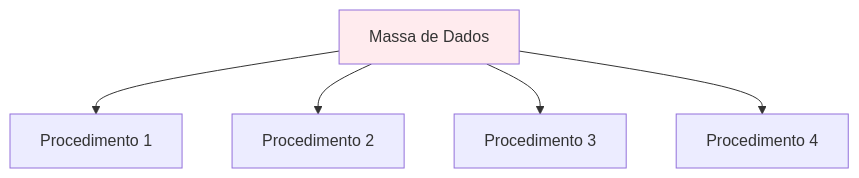
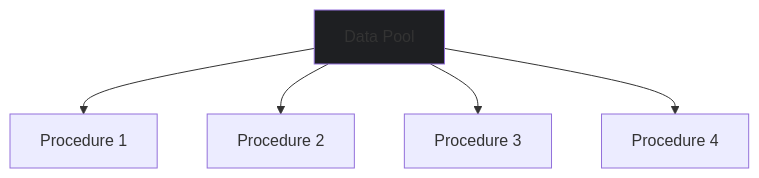
One commit to ThayronyVonHeld/java-backend-journey changed the first of 2 diagrams in Readme - Lessons/object-oriented-programming(oop)/Lesson 1 - What is OOP/lesson-01-en.md. Above: the diagram before and after it, drawn with Mermaid. The commit also changed other lines of this file and 3 other files, not shown here.

````diff
--- a/Readme - Lessons/object-oriented-programming(oop)/Lesson 1 - What is OOP/lesson-01-en.md
+++ b/Readme - Lessons/object-oriented-programming(oop)/Lesson 1 - What is OOP/lesson-01-en.md
@@ -92,9 +94,9 @@
 ```mermaid
 flowchart TD
-    A[Massa de Dados] --> B[Procedimento 1]
-    A --> C[Procedimento 2]
-    A --> D[Procedimento 3]
-    A --> E[Procedimento 4]
+    A[Data Pool] --> B[Procedure 1]
+    A --> C[Procedure 2]
+    A --> D[Procedure 3]
+    A --> E[Procedure 4]
     
-    style A fill:#ffebee
+    style A fill:#1E1F22
 ```
````
